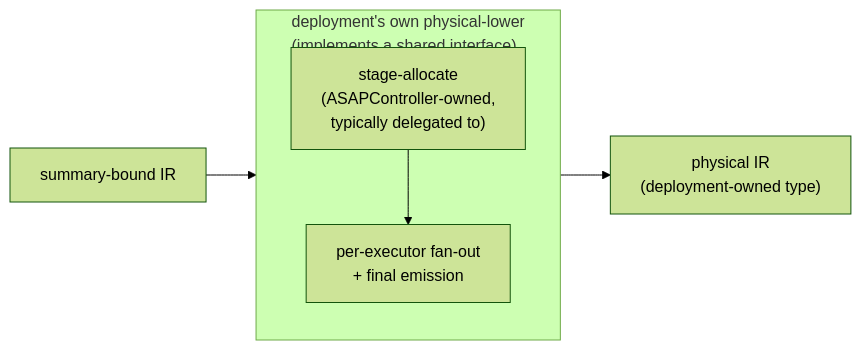
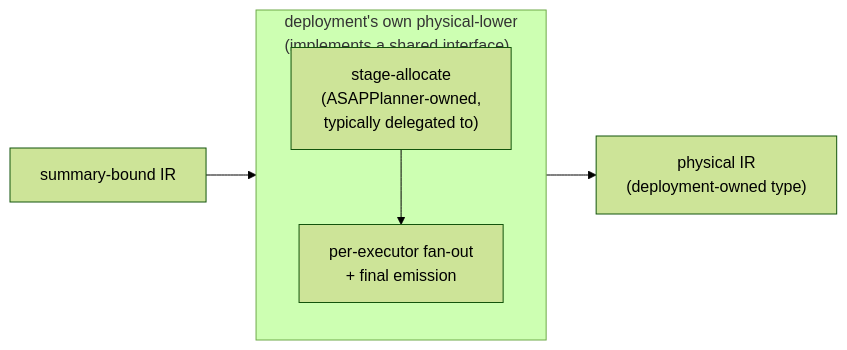
Before and after one commit to ProjectASAP/ASAPPlanner: the fourth of 6 diagrams in old_docs/docs/design.md, drawn with Mermaid (forest theme). The commit also changed other lines of this file and 10 other files, not shown here.

First line of the commit message:
rename: ASAPController -> ASAPPlanner

````diff
--- a/old_docs/docs/design.md
+++ b/old_docs/docs/design.md
@@ -169,8 +169,8 @@
 ```mermaid
 flowchart LR
     L3N["summary-bound IR"] --> PP
     subgraph PP["deployment's own physical-lower\n(implements a shared interface)"]
-        SA["stage-allocate\n(ASAPController-owned,\ntypically delegated to)"] --> FO["per-executor fan-out\n+ final emission"]
+        SA["stage-allocate\n(ASAPPlanner-owned,\ntypically delegated to)"] --> FO["per-executor fan-out\n+ final emission"]
     end
     PP --> ART["physical IR\n(deployment-owned type)"]
 ```
````
